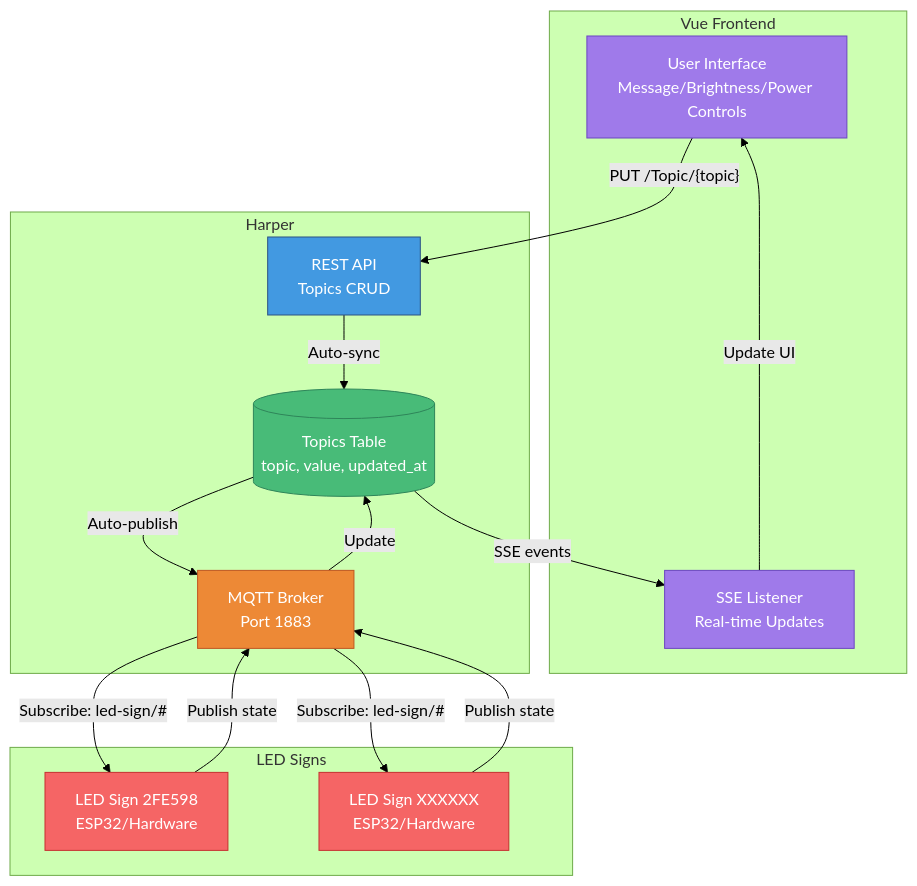
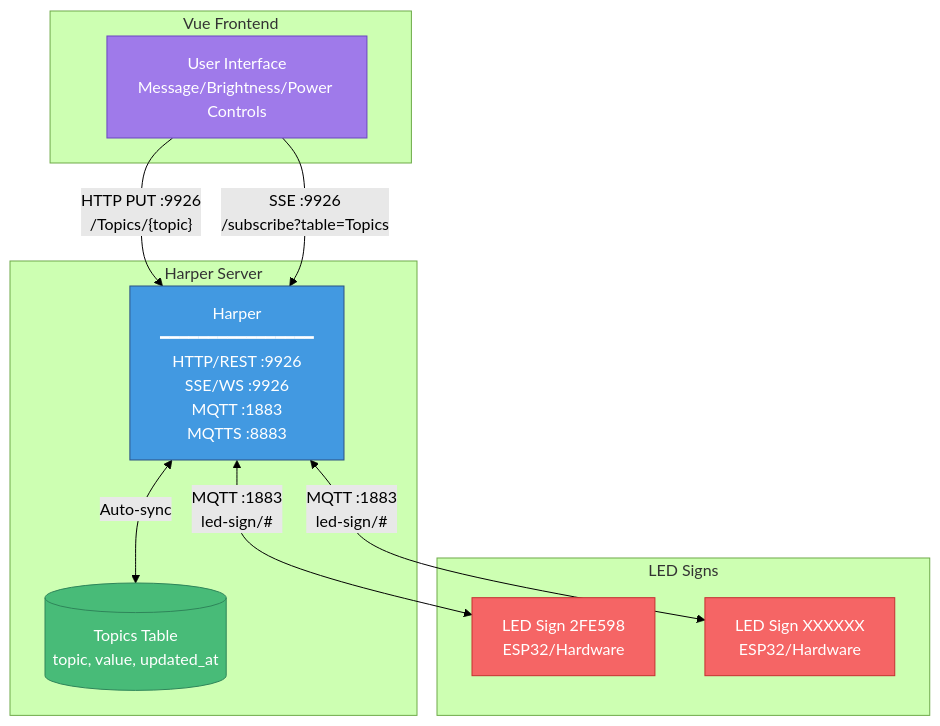
One commit to HarperFast/realtime-pubsub-example changed the diagram in README.md. Above: the diagram before and after it, drawn with Mermaid (forest theme). The commit also changed other lines of this file and 1 other file, not shown here.

Commit message:
Update architecture diagram to show Harper as unified service with ports
Documentation Updates:
- Revised Mermaid diagram to show Harper as single unified component
- Removed separate boxes for REST/MQTT/SSE (they're all part of Harper)
- Added comprehensive port documentation throughout

Port Information Added:
- HTTP/REST: :9926
- SSE/WebSocket: :9926
- MQTT (TCP): :1883
- MQTTS (TLS): :8883

Architecture Changes:
- Simplified diagram showing Harper as one service with multiple protocols
- Database (Topics table) shown as separate but connected via auto-sync
- Clearer arrows showing protocol and port for each connection
- Vue UI shows both REST PUT and SSE subscription connections
- LED signs show bidirectional MQTT connection

Updated Files:
- README.md: New diagram + Harper Server Ports section
- Design doc: Added ports to system components and implementation
- LED Sign Configuration: Documents both :1883 (TCP) and :8883 (TLS)

Reflects actual Harper server output showing all protocols on documented ports

````diff
--- a/README.md
+++ b/README.md
@@ -17,37 +17,28 @@
 ```mermaid
 graph TB
     subgraph "Vue Frontend"
         UI[User Interface<br/>Message/Brightness/Power Controls]
-        SSE[SSE Listener<br/>Real-time Updates]
     end
 
-    subgraph "Harper"
-        REST[REST API<br/>Topics CRUD]
+    subgraph "Harper Server"
+        HARPER["Harper<br/>━━━━━━━━━━━━━━━━<br/>HTTP/REST :9926<br/>SSE/WS :9926<br/>MQTT :1883<br/>MQTTS :8883"]
         DB[(Topics Table<br/>topic, value, updated_at)]
-        MQTT[MQTT Broker<br/>Port 1883]
+        HARPER <-->|Auto-sync| DB
     end
 
     subgraph "LED Signs"
         SIGN1[LED Sign 2FE598<br/>ESP32/Hardware]
         SIGN2[LED Sign XXXXXX<br/>ESP32/Hardware]
     end
 
-    UI -->|"PUT /Topic/{topic}"| REST
-    REST -->|Auto-sync| DB
-    DB -->|Auto-publish| MQTT
-    MQTT -->|"Subscribe: led-sign/#"| SIGN1
-    MQTT -->|"Subscribe: led-sign/#"| SIGN2
-    SIGN1 -->|"Publish state"| MQTT
-    SIGN2 -->|"Publish state"| MQTT
-    MQTT -->|Update| DB
-    DB -->|SSE events| SSE
-    SSE -->|Update UI| UI
+    UI -->|"HTTP PUT :9926<br/>/Topics/{topic}"| HARPER
+    UI -->|"SSE :9926<br/>/subscribe?table=Topics"| HARPER
+    HARPER <-->|"MQTT :1883<br/>led-sign/#"| SIGN1
+    HARPER <-->|"MQTT :1883<br/>led-sign/#"| SIGN2
 
     style UI fill:#9f7aea,stroke:#6b46c1,color:#fff
-    style REST fill:#4299e1,stroke:#2c5282,color:#fff
+    style HARPER fill:#4299e1,stroke:#2c5282,color:#fff
     style DB fill:#48bb78,stroke:#2f855a,color:#fff
-    style MQTT fill:#ed8936,stroke:#c05621,color:#fff
     style SIGN1 fill:#f56565,stroke:#c53030,color:#fff
     style SIGN2 fill:#f56565,stroke:#c53030,color:#fff
-    style SSE fill:#9f7aea,stroke:#6b46c1,color:#fff
 ```
````
